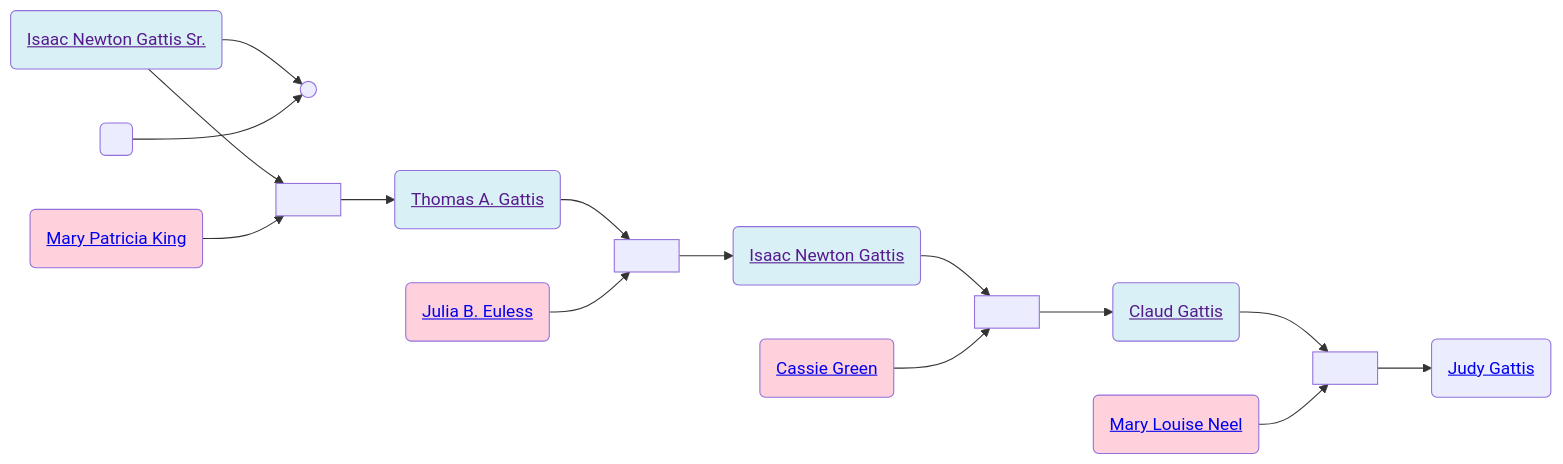
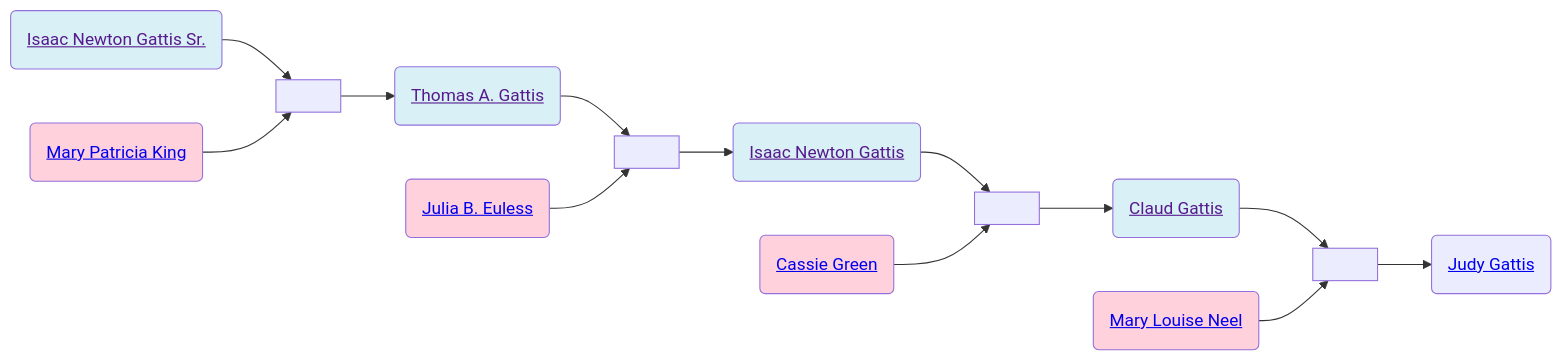
One commit to neelsmith/avocational changed the diagram in familyhistory/sources/people/Gattis-line/Isaac_Newton_Gattis_Sr..qmd. Above: the diagram before and after it, drawn with Mermaid. The commit also changed other lines of this file and 174 other files, not shown here.

````diff
--- a/familyhistory/sources/people/Gattis-line/Isaac_Newton_Gattis_Sr..qmd
+++ b/familyhistory/sources/people/Gattis-line/Isaac_Newton_Gattis_Sr..qmd
@@ -29,35 +26,32 @@
 ```{mermaid}
 graph LR
 %% LR descendant diagram
-class Isaac_Newton_Gattis_Sr._and__ marriage
-Isaac_Newton_Gattis_Sr.(<a href=''>Isaac Newton Gattis Sr.</>) --> Isaac_Newton_Gattis_Sr._and__[ ]
-_(<a href=''> </>) --> Isaac_Newton_Gattis_Sr._and__(( ))
 class Isaac_Newton_Gattis_Sr._and_Mary_Patricia_King marriage
 Isaac_Newton_Gattis_Sr.(<a href=''>Isaac Newton Gattis Sr.</>) --> Isaac_Newton_Gattis_Sr._and_Mary_Patricia_King[ ]
 Mary_Patricia_King(<a href='./Mary_Patricia_King.html'>Mary Patricia King</>) --> Isaac_Newton_Gattis_Sr._and_Mary_Patricia_King(( ))
 class Isaac_Newton_Gattis_Sr. father
 class Mary_Patricia_King mother
 Isaac_Newton_Gattis_Sr._and_Mary_Patricia_King[ ] --> Thomas_A._Gattis(<a href='./Thomas_A._Gattis.html'>Thomas A. Gattis</>)
 class Thomas_A._Gattis_and_Julia_B._Euless marriage
 Thomas_A._Gattis(<a href=''>Thomas A. Gattis</>) --> Thomas_A._Gattis_and_Julia_B._Euless[ ]
 Julia_B._Euless(<a href='./Euless-line/Julia_B._Euless.html'>Julia B. Euless</>) --> Thomas_A._Gattis_and_Julia_B._Euless(( ))
 class Thomas_A._Gattis father
 class Julia_B._Euless mother
 Thomas_A._Gattis_and_Julia_B._Euless[ ] --> Isaac_Newton_Gattis(<a href='./Isaac_Newton_Gattis.html'>Isaac Newton Gattis</>)
 class Isaac_Newton_Gattis_and_Cassie_Green marriage
 Isaac_Newton_Gattis(<a href=''>Isaac Newton Gattis</>) --> Isaac_Newton_Gattis_and_Cassie_Green[ ]
 Cassie_Green(<a href='./Green-line/Cassie_Green.html'>Cassie Green</>) --> Isaac_Newton_Gattis_and_Cassie_Green(( ))
 class Isaac_Newton_Gattis father
 class Cassie_Green mother
 Isaac_Newton_Gattis_and_Cassie_Green[ ] --> Claud_Gattis(<a href='./Claud_Gattis.html'>Claud Gattis</>)
 class Claud_Gattis_and_Mary_Louise_Neel marriage
 Claud_Gattis(<a href=''>Claud Gattis</>) --> Claud_Gattis_and_Mary_Louise_Neel[ ]
 Mary_Louise_Neel(<a href='./../Neel-line/Mary_Louise_Neel.html'>Mary Louise Neel</>) --> Claud_Gattis_and_Mary_Louise_Neel(( ))
 class Claud_Gattis father
 class Mary_Louise_Neel mother
 Claud_Gattis_and_Mary_Louise_Neel[ ] --> Judy_Gattis(<a href='./Judy_Gattis.html'>Judy Gattis</>)
 classDef mother fill:#ffd1dc
 classDef father fill:#daf0f7  
 classDef marriage fill:#ffffff
 
 ```
````
